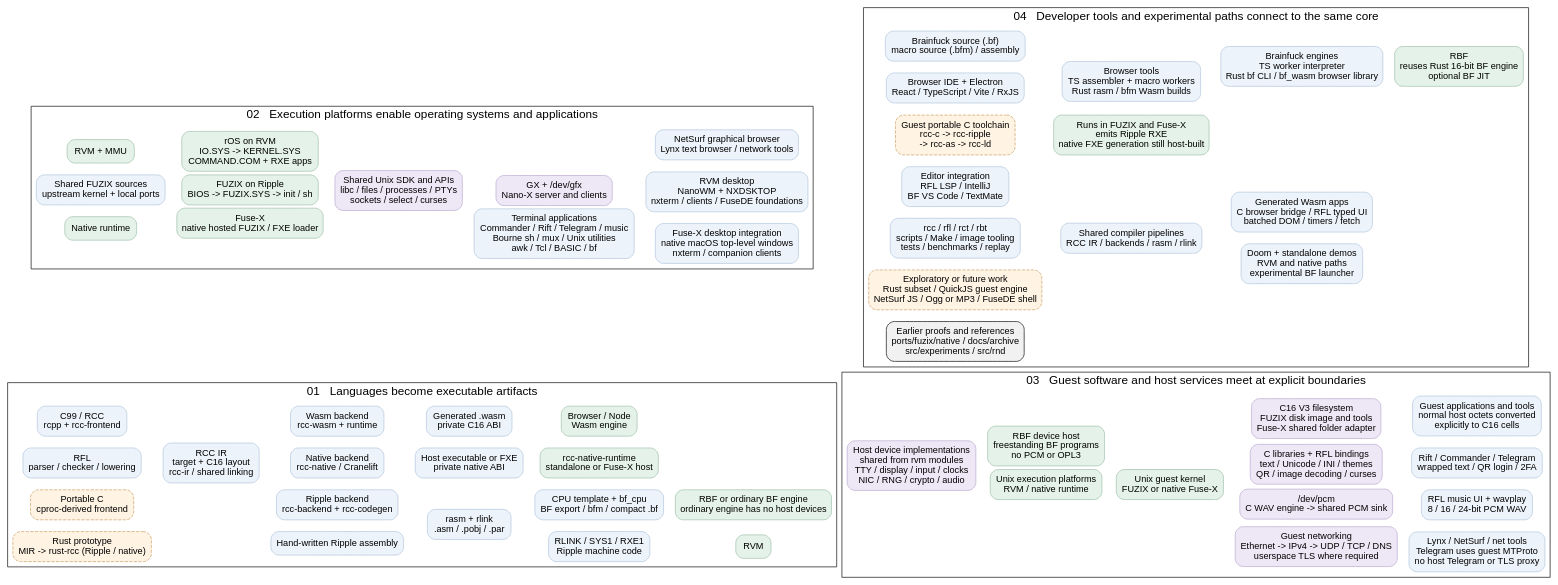
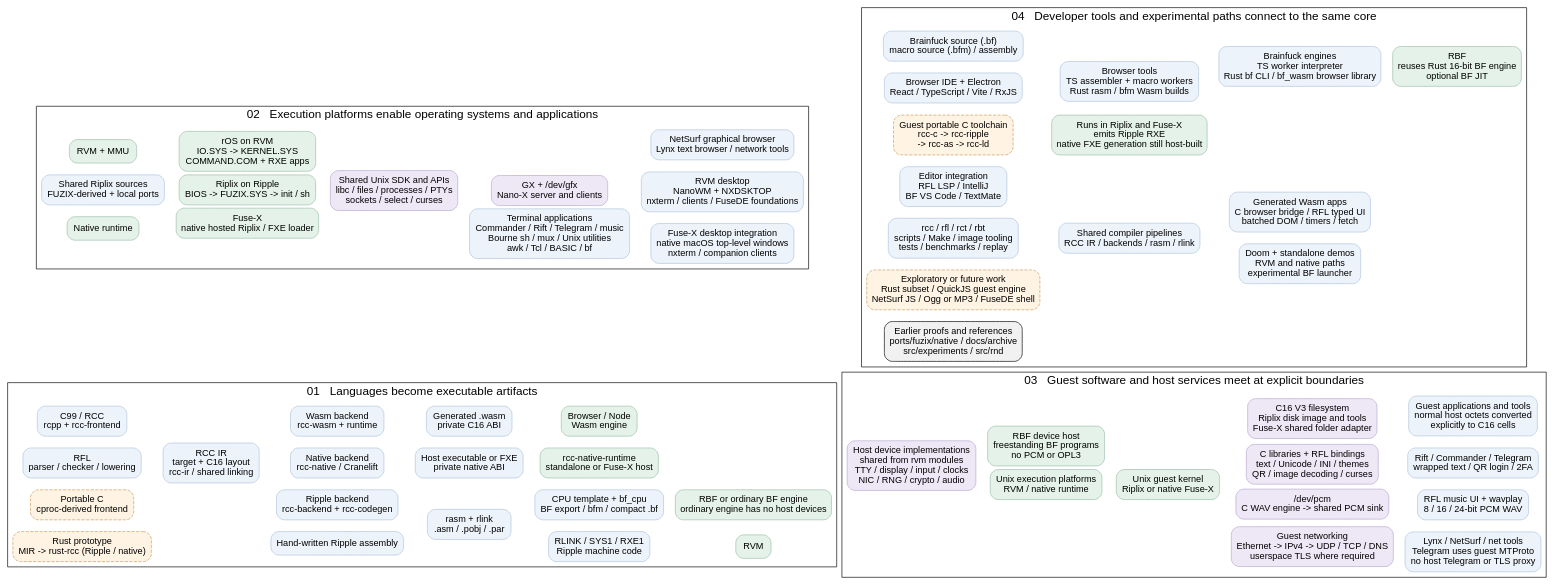
The diagram in docs/repository-map/repository-map.dot (Ahineya/braintease), drawn with Graphviz before and after one commit. The commit also changed 1494 other files, not shown here.

Commit message:
A bunch of games; custom scheduling; kernel rename to Riplix

```diff
--- a/docs/repository-map/repository-map.dot
+++ b/docs/repository-map/repository-map.dot
@@ -1,125 +1,125 @@
 digraph RepositoryAtlas {
 graph [rankdir=LR,pack=true,packmode="array_u2",bgcolor="white"];
 subgraph cluster_view0 {label="01   Languages become executable artifacts";
 graph [rankdir=LR,bgcolor="white",fontname="Arial",fontsize=18,pad=.18,nodesep=.25,ranksep=.38,splines=polyline]; node [shape=box,style="rounded,filled",fontname="Arial",fontsize=14,margin=".15,.11",fillcolor="#edf3fa",color="#aec4db"]; edge [fontname="Arial",fontsize=11,color="#376a9b",arrowsize=.7,penwidth=1.3];
 p0_c [label="C99 / RCC\nrcpp + rcc-frontend"];
 p0_rfl [label="RFL\nparser / checker / lowering"];
 p0_pc [label="Portable C\ncproc-derived frontend",style="rounded,filled,dashed",fillcolor="#fff4e3",color="#c99b5e"];
 p0_rust [label="Rust prototype\nMIR -> rust-rcc (Ripple / native)",style="rounded,filled,dashed",fillcolor="#fff4e3",color="#c99b5e"];
 p0_hand [label="Hand-written Ripple assembly"];
 p0_ir [label="RCC IR\ntarget + C16 layout\nrcc-ir / shared linking"];
 p0_rip [label="Ripple backend\nrcc-backend + rcc-codegen"];
 p0_rl [label="rasm + rlink\n.asm / .pobj / .par"];
 p0_image [label="RLINK / SYS1 / RXE1\nRipple machine code"];
 p0_cpu [label="CPU template + bf_cpu\nBF export / bfm / compact .bf"];
 p0_nat [label="Native backend\nrcc-native / Cranelift"];
 p0_fxe [label="Host executable or FXE\nprivate native ABI"];
 p0_wasm [label="Wasm backend\nrcc-wasm + runtime"];
 p0_w [label="Generated .wasm\nprivate C16 ABI"];
 p0_rv [label="RVM",fillcolor="#e4f2e9",color="#9bbda8"];
 p0_bf [label="RBF or ordinary BF engine\nordinary engine has no host devices",fillcolor="#e4f2e9",color="#9bbda8"];
 p0_nr [label="rcc-native-runtime\nstandalone or Fuse-X host",fillcolor="#e4f2e9",color="#9bbda8"];
 p0_we [label="Browser / Node\nWasm engine",fillcolor="#e4f2e9",color="#9bbda8"];
 p0_c -> p0_ir [label="emits"];
 p0_rfl -> p0_ir [label="emits"];
 p0_pc -> p0_ir [label="emits"];
 p0_rust -> p0_ir [label="emits"];
 p0_hand -> p0_rl [label="assembles"];
 p0_ir -> p0_rip [label=""];
 p0_rip -> p0_rl [label=""];
 p0_rl -> p0_image [label=""];
 p0_image -> p0_rv [label="runs",color="#2a805b"];
 p0_rl -> p0_cpu [label="export"];
 p0_cpu -> p0_bf [label="runs BF CPU",color="#2a805b"];
 p0_ir -> p0_nat [label=""];
 p0_nat -> p0_fxe [label=""];
 p0_fxe -> p0_nr [label="runs host code",color="#2a805b"];
 p0_ir -> p0_wasm [label=""];
 p0_wasm -> p0_w [label=""];
 p0_w -> p0_we [label="runs",color="#2a805b"];
 }
 subgraph cluster_view1 {label="02   Execution platforms enable operating systems and applications";
 graph [rankdir=LR,bgcolor="white",fontname="Arial",fontsize=18,pad=.18,nodesep=.25,ranksep=.38,splines=polyline]; node [shape=box,style="rounded,filled",fontname="Arial",fontsize=14,margin=".15,.11",fillcolor="#edf3fa",color="#aec4db"]; edge [fontname="Arial",fontsize=11,color="#376a9b",arrowsize=.7,penwidth=1.3];
 p1_rv [label="RVM + MMU",fillcolor="#e4f2e9",color="#9bbda8"];
 p1_fx [label="Native runtime",fillcolor="#e4f2e9",color="#9bbda8"];
-p1_src [label="Shared FUZIX sources\nupstream kernel + local ports"];
-p1_fuz [label="FUZIX on Ripple\nBIOS -> FUZIX.SYS -> init / sh",fillcolor="#e4f2e9",color="#9bbda8"];
-p1_fuse [label="Fuse-X\nnative hosted FUZIX / FXE loader",fillcolor="#e4f2e9",color="#9bbda8"];
+p1_src [label="Shared Riplix sources\nFUZIX-derived + local ports"];
+p1_fuz [label="Riplix on Ripple\nBIOS -> FUZIX.SYS -> init / sh",fillcolor="#e4f2e9",color="#9bbda8"];
+p1_fuse [label="Fuse-X\nnative hosted Riplix / FXE loader",fillcolor="#e4f2e9",color="#9bbda8"];
 p1_ros [label="rOS on RVM\nIO.SYS -> KERNEL.SYS\nCOMMAND.COM + RXE apps",fillcolor="#e4f2e9",color="#9bbda8"];
 p1_sdk [label="Shared Unix SDK and APIs\nlibc / files / processes / PTYs\nsockets / select / curses",fillcolor="#eee8f6",color="#b7a7ce"];
 p1_tui [label="Terminal applications\nCommander / Rift / Telegram / music\nBourne sh / mux / Unix utilities\nawk / Tcl / BASIC / bf"];
 p1_gx [label="GX + /dev/gfx\nNano-X server and clients",fillcolor="#eee8f6",color="#b7a7ce"];
 p1_desktop [label="RVM desktop\nNanoWM + NXDSKTOP\nnxterm / clients / FuseDE foundations"];
 p1_mac [label="Fuse-X desktop integration\nnative macOS top-level windows\nnxterm / companion clients"];
 p1_ns [label="NetSurf graphical browser\nLynx text browser / network tools"];
 p1_src -> p1_fuz [label="Ripple build"];
 p1_src -> p1_fuse [label="native build"];
 p1_rv -> p1_fuz [label="boots",color="#2a805b"];
 p1_rv -> p1_ros [label="boots",color="#2a805b"];
 p1_fx -> p1_fuse [label="hosts",color="#2a805b"];
 p1_fuz -> p1_sdk [label="provides",color="#2a805b"];
 p1_fuse -> p1_sdk [label="provides",color="#2a805b"];
 p1_sdk -> p1_tui [label="enables",color="#2a805b"];
 p1_sdk -> p1_gx [label="enables",color="#2a805b"];
 p1_gx -> p1_desktop [label="RVM",color="#2a805b"];
 p1_gx -> p1_mac [label="Fuse-X",color="#2a805b"];
 p1_sdk -> p1_ns [label="network / files",color="#2a805b"];
 p1_gx -> p1_ns [label="NetSurf GUI",color="#2a805b"];
 }
 subgraph cluster_view2 {label="03   Guest software and host services meet at explicit boundaries";
 graph [rankdir=LR,bgcolor="white",fontname="Arial",fontsize=18,pad=.18,nodesep=.25,ranksep=.38,splines=polyline]; node [shape=box,style="rounded,filled",fontname="Arial",fontsize=14,margin=".15,.11",fillcolor="#edf3fa",color="#aec4db"]; edge [fontname="Arial",fontsize=11,color="#376a9b",arrowsize=.7,penwidth=1.3];
 p2_host [label="Host device implementations\nshared from rvm modules\nTTY / display / input / clocks\nNIC / RNG / crypto / audio",fillcolor="#eee8f6",color="#b7a7ce"];
 p2_exec [label="Unix execution platforms\nRVM / native runtime",fillcolor="#e4f2e9",color="#9bbda8"];
 p2_rbf [label="RBF device host\nfreestanding BF programs\nno PCM or OPL3",fillcolor="#e4f2e9",color="#9bbda8"];
-p2_unix [label="Unix guest kernel\nFUZIX or native Fuse-X",fillcolor="#e4f2e9",color="#9bbda8"];
+p2_unix [label="Unix guest kernel\nRiplix or native Fuse-X",fillcolor="#e4f2e9",color="#9bbda8"];
 p2_net [label="Guest networking\nEthernet -> IPv4 -> UDP / TCP / DNS\nuserspace TLS where required",fillcolor="#eee8f6",color="#b7a7ce"];
 p2_apps [label="Lynx / NetSurf / net tools\nTelegram uses guest MTProto\nno host Telegram or TLS proxy"];
 p2_pcm [label="/dev/pcm\nC WAV engine -> shared PCM sink",fillcolor="#eee8f6",color="#b7a7ce"];
 p2_music [label="RFL music UI + wavplay\n8 / 16 / 24-bit PCM WAV"];
 p2_ui [label="C libraries + RFL bindings\ntext / Unicode / INI / themes\nQR / image decoding / curses",fillcolor="#eee8f6",color="#b7a7ce"];
 p2_tui [label="Rift / Commander / Telegram\nwrapped text / QR login / 2FA"];
-p2_fs [label="C16 V3 filesystem\nFUZIX disk image and tools\nFuse-X shared folder adapter",fillcolor="#eee8f6",color="#b7a7ce"];
+p2_fs [label="C16 V3 filesystem\nRiplix disk image and tools\nFuse-X shared folder adapter",fillcolor="#eee8f6",color="#b7a7ce"];
 p2_data [label="Guest applications and tools\nnormal host octets converted\nexplicitly to C16 cells"];
 p2_host -> p2_exec [label="reused services",color="#79629e",style=dashed];
 p2_host -> p2_rbf [label="supported subset",color="#79629e",style=dashed];
 p2_exec -> p2_unix [label="platform services",color="#2a805b"];
 p2_unix -> p2_net [label="kernel sockets",color="#2a805b"];
 p2_net -> p2_apps [label="protocols stay in guest",color="#2a805b"];
 p2_unix -> p2_pcm [label="audio device",color="#2a805b"];
 p2_pcm -> p2_music [label="streaming",color="#2a805b"];
 p2_unix -> p2_ui [label="libc / curses",color="#2a805b"];
 p2_ui -> p2_tui [label="libraries",color="#2a805b"];
 p2_unix -> p2_fs [label="storage",color="#2a805b"];
 p2_fs -> p2_data [label="files",color="#2a805b"];
 }
 subgraph cluster_view3 {label="04   Developer tools and experimental paths connect to the same core";
 graph [rankdir=LR,bgcolor="white",fontname="Arial",fontsize=18,pad=.18,nodesep=.25,ranksep=.38,splines=polyline]; node [shape=box,style="rounded,filled",fontname="Arial",fontsize=14,margin=".15,.11",fillcolor="#edf3fa",color="#aec4db"]; edge [fontname="Arial",fontsize=11,color="#376a9b",arrowsize=.7,penwidth=1.3];
 p3_raw [label="Brainfuck source (.bf)\nmacro source (.bfm) / assembly"];
 p3_editor [label="Editor integration\nRFL LSP / IntelliJ\nBF VS Code / TextMate"];
 p3_ide [label="Browser IDE + Electron\nReact / TypeScript / Vite / RxJS"];
 p3_web [label="Browser tools\nTS assembler + macro workers\nRust rasm / bfm Wasm builds"];
 p3_bfe [label="Brainfuck engines\nTS worker interpreter\nRust bf CLI / bf_wasm browser library"];
 p3_rbf [label="RBF\nreuses Rust 16-bit BF engine\noptional BF JIT",fillcolor="#e4f2e9",color="#9bbda8"];
 p3_driver [label="rcc / rfl / rct / rbt\nscripts / Make / image tooling\ntests / benchmarks / replay"];
 p3_core [label="Shared compiler pipelines\nRCC IR / backends / rasm / rlink"];
 p3_portable [label="Guest portable C toolchain\nrcc-c -> rcc-ripple\n-> rcc-as -> rcc-ld",style="rounded,filled,dashed",fillcolor="#fff4e3",color="#c99b5e"];
-p3_guests [label="Runs in FUZIX and Fuse-X\nemits Ripple RXE\nnative FXE generation still host-built",fillcolor="#e4f2e9",color="#9bbda8"];
+p3_guests [label="Runs in Riplix and Fuse-X\nemits Ripple RXE\nnative FXE generation still host-built",fillcolor="#e4f2e9",color="#9bbda8"];
 p3_wasm [label="Generated Wasm apps\nC browser bridge / RFL typed UI\nbatched DOM / timers / fetch"];
 p3_ports [label="Exploratory or future work\nRust subset / QuickJS guest engine\nNetSurf JS / Ogg or MP3 / FuseDE shell",style="rounded,filled,dashed",fillcolor="#fff4e3",color="#c99b5e"];
 p3_doom [label="Doom + standalone demos\nRVM and native paths\nexperimental BF launcher"];
 p3_old [label="Earlier proofs and references\nports/fuzix/native / docs/archive\nsrc/experiments / src/rnd",fillcolor="#f1f1f1",color="#aaa"];
 p3_raw -> p3_web [label="assembles / expands"];
 p3_raw -> p3_bfe [label="raw .bf",color="#2a805b"];
 p3_editor -> p3_core [label="checking / diagnostics",color="#79629e",style=dashed];
 p3_ide -> p3_web [label="edits / assembles"];
 p3_web -> p3_bfe [label="expands / executes",color="#2a805b"];
 p3_bfe -> p3_rbf [label="Rust engine reused",color="#79629e",style=dashed];
 p3_driver -> p3_core [label="orchestrates / validates",color="#79629e",style=dashed];
 p3_portable -> p3_guests [label="guest tools",color="#2a805b"];
 p3_portable -> p3_core [label="RCC IR compatibility",color="#79629e",style=dashed];
 p3_core -> p3_wasm [label="Wasm backend"];
 p3_core -> p3_doom [label="multiple target builds"];
 p3_ports -> p3_core [label="bounded prototypes / future integration",color="#bc842f",style=dashed];
 p3_old -> p3_core [label="historical context",color="#79629e",style=dashed];
 }
 }
```
